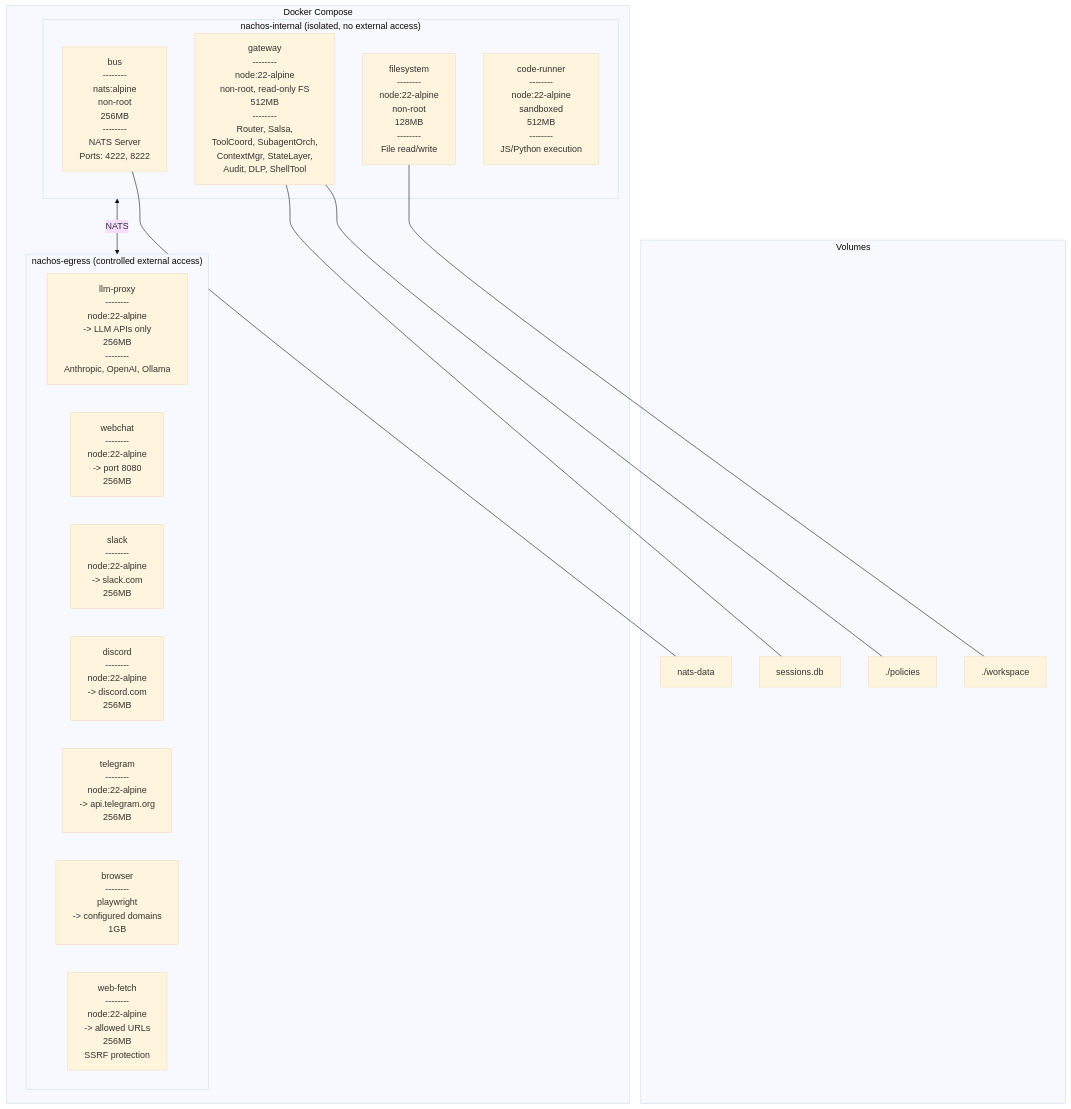
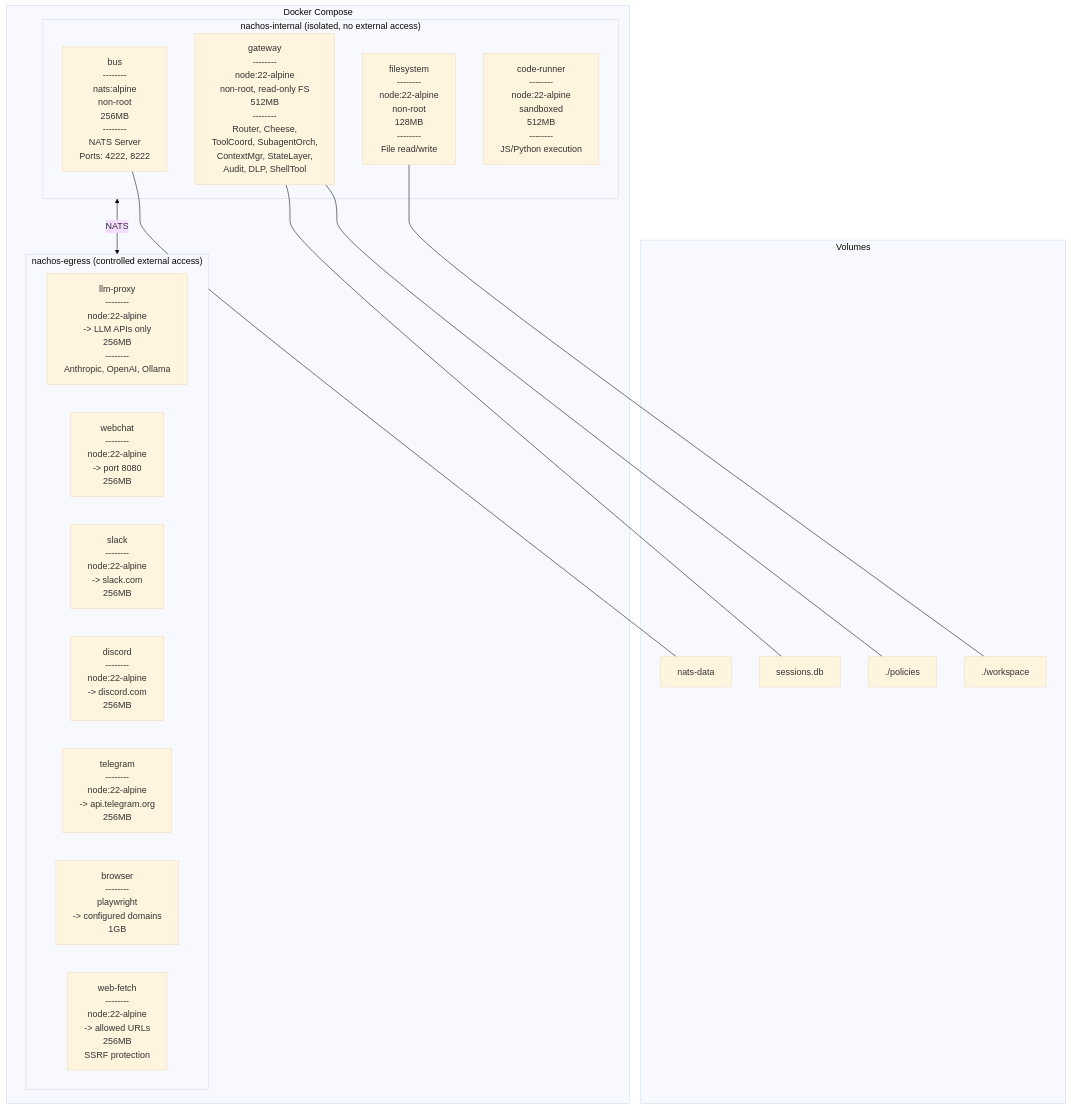
Diagram 23 of 29 in internal/diagrams.md (Nacho-Labs-LLC/nachos-docs), drawn with Mermaid before and after one commit. The commit also changed other lines of this file and 3 other files, not shown here.

Commit message:
salsa -> cheese

````diff
--- a/internal/diagrams.md
+++ b/internal/diagrams.md
@@ -1185,37 +1185,37 @@
 ```mermaid
 %%{init: {'theme': 'base'}}%%
 
 flowchart TB
     subgraph Compose["Docker Compose"]
         subgraph Internal["nachos-internal (isolated, no external access)"]
-            gateway["gateway<br/>--------<br/>node:22-alpine<br/>non-root, read-only FS<br/>512MB<br/>--------<br/>Router, Salsa,<br/>ToolCoord, SubagentOrch,<br/>ContextMgr, StateLayer,<br/>Audit, DLP, ShellTool"]
+            gateway["gateway<br/>--------<br/>node:22-alpine<br/>non-root, read-only FS<br/>512MB<br/>--------<br/>Router, Cheese,<br/>ToolCoord, SubagentOrch,<br/>ContextMgr, StateLayer,<br/>Audit, DLP, ShellTool"]
             bus["bus<br/>--------<br/>nats:alpine<br/>non-root<br/>256MB<br/>--------<br/>NATS Server<br/>Ports: 4222, 8222"]
             filesystem["filesystem<br/>--------<br/>node:22-alpine<br/>non-root<br/>128MB<br/>--------<br/>File read/write"]
             coderunner["code-runner<br/>--------<br/>node:22-alpine<br/>sandboxed<br/>512MB<br/>--------<br/>JS/Python execution"]
         end
 
         subgraph EgressNet["nachos-egress (controlled external access)"]
             llmproxy["llm-proxy<br/>--------<br/>node:22-alpine<br/>-> LLM APIs only<br/>256MB<br/>--------<br/>Anthropic, OpenAI, Ollama"]
             webchat["webchat<br/>--------<br/>node:22-alpine<br/>-> port 8080<br/>256MB"]
             slack["slack<br/>--------<br/>node:22-alpine<br/>-> slack.com<br/>256MB"]
             discord["discord<br/>--------<br/>node:22-alpine<br/>-> discord.com<br/>256MB"]
             telegram["telegram<br/>--------<br/>node:22-alpine<br/>-> api.telegram.org<br/>256MB"]
             browser["browser<br/>--------<br/>playwright<br/>-> configured domains<br/>1GB"]
             webfetch["web-fetch<br/>--------<br/>node:22-alpine<br/>-> allowed URLs<br/>256MB<br/>SSRF protection"]
         end
     end
 
     subgraph Volumes["Volumes"]
         natsdata["nats-data"]
         sessionsdb["sessions.db"]
         policies["./policies"]
         workspace["./workspace"]
     end
 
     bus --- natsdata
     gateway --- sessionsdb
     gateway --- policies
     filesystem --- workspace
 
     Internal <-->|NATS| EgressNet
 ```
````
